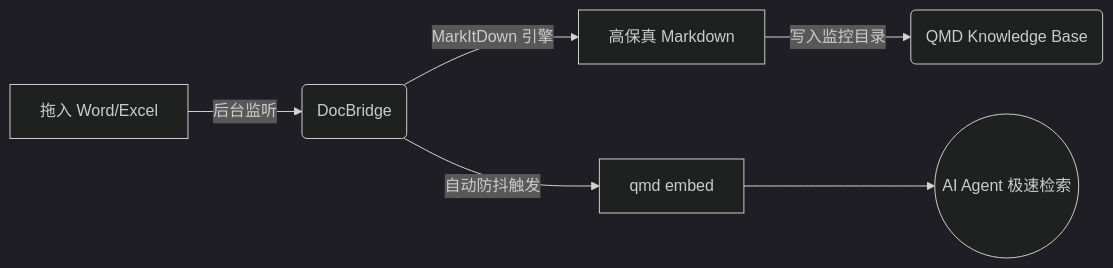
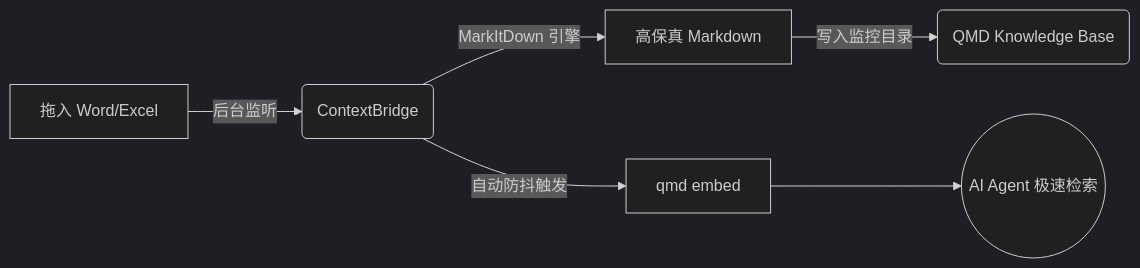
Before and after one commit to whyischen/context-bridge: the diagram in README_zh-CN.md, drawn with Mermaid (dark theme). The commit also changed other lines of this file, not shown here.

Commit message:
Rename DocBridge to ContextBridge in README

````diff
--- a/README_zh-CN.md
+++ b/README_zh-CN.md
@@ -32,8 +32,8 @@
 ```mermaid
 graph LR
-    A[拖入 Word/Excel] -->|后台监听| B(DocBridge)
+    A[拖入 Word/Excel] -->|后台监听| B(ContextBridge)
     B -->|MarkItDown 引擎| C[高保真 Markdown]
     C -->|写入监控目录| D(QMD Knowledge Base)
     B -->|自动防抖触发| E[qmd embed]
     E --> F((AI Agent 极速检索))
 ```
````
